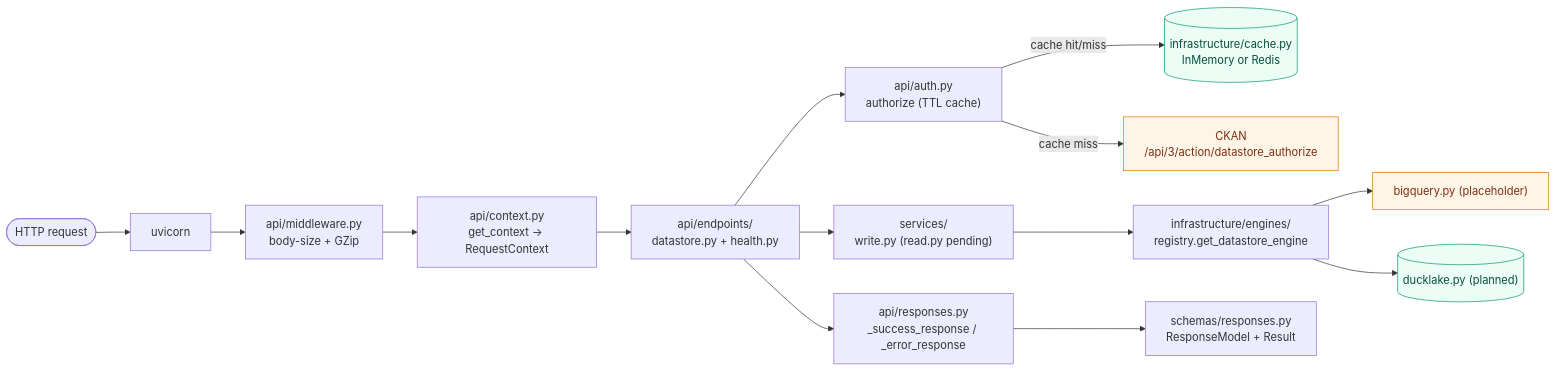
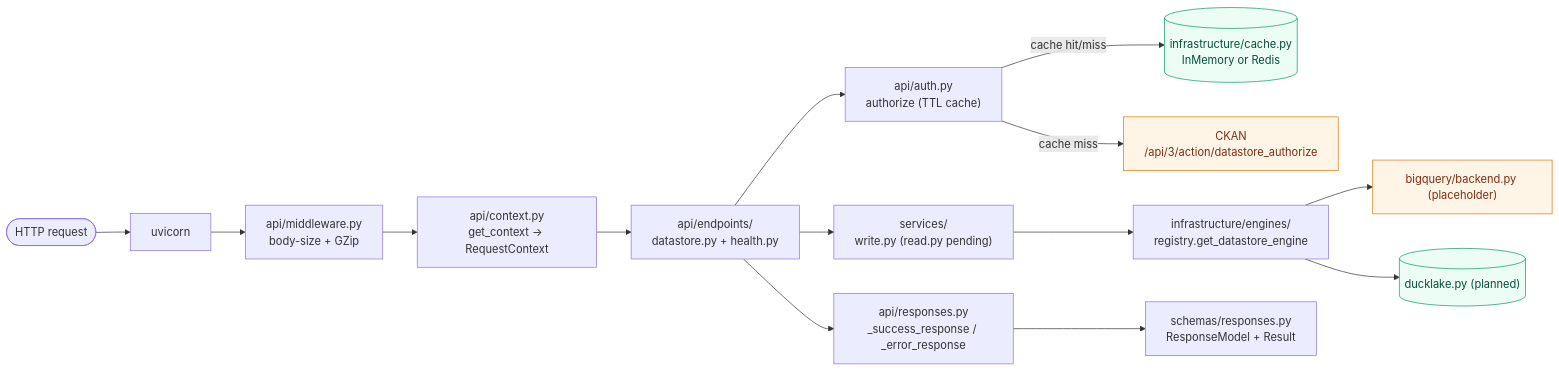
Before and after one commit to datopian/datastore: the second of 2 diagrams in CLAUDE.md, drawn with Mermaid. The commit also changed other lines of this file and 15 other files, not shown here.

````diff
--- a/CLAUDE.md
+++ b/CLAUDE.md
@@ -269,21 +285,21 @@
 ```mermaid
 flowchart LR
     HTTP([HTTP request]) --> Uvicorn["uvicorn"]
     Uvicorn --> MW["api/middleware.py\nbody-size + GZip"]
     MW --> Ctx["api/context.py\nget_context → RequestContext"]
     Ctx --> Routes["api/endpoints/\ndatastore.py + health.py"]
     Routes --> Auth["api/auth.py\nauthorize (TTL cache)"]
     Auth -->|cache hit/miss| Cache[("infrastructure/cache.py\nInMemory or Redis")]
     Auth -->|cache miss| CKANSvc["CKAN\n/api/3/action/datastore_authorize"]
     Routes --> Svc["services/\nwrite.py (read.py pending)"]
     Svc --> Eng["infrastructure/engines/\nregistry.get_datastore_engine"]
-    Eng --> BQ["bigquery.py (placeholder)"]
+    Eng --> BQ["bigquery/backend.py (placeholder)"]
     Eng --> DL[("ducklake.py (planned)")]
     Routes --> Resp["api/responses.py\n_success_response / _error_response"]
     Resp --> Schema["schemas/responses.py\nResponseModel + Result"]
 
     classDef ext fill:#fff5e6,stroke:#d97706,color:#7c2d12
     classDef store fill:#ecfdf5,stroke:#059669,color:#064e3b
     class CKANSvc,BQ ext
     class Cache,DL store
 ```
````
